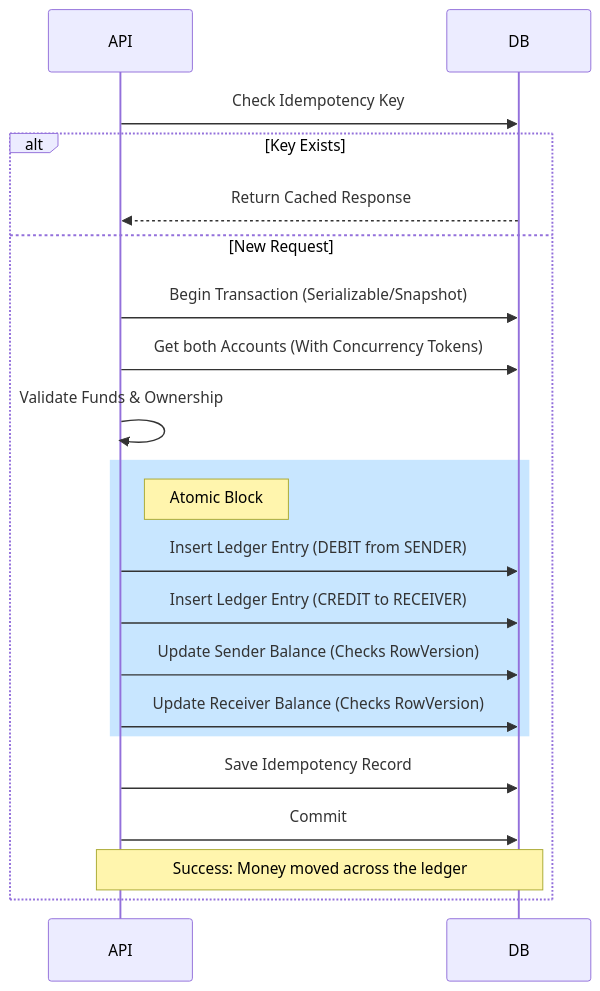
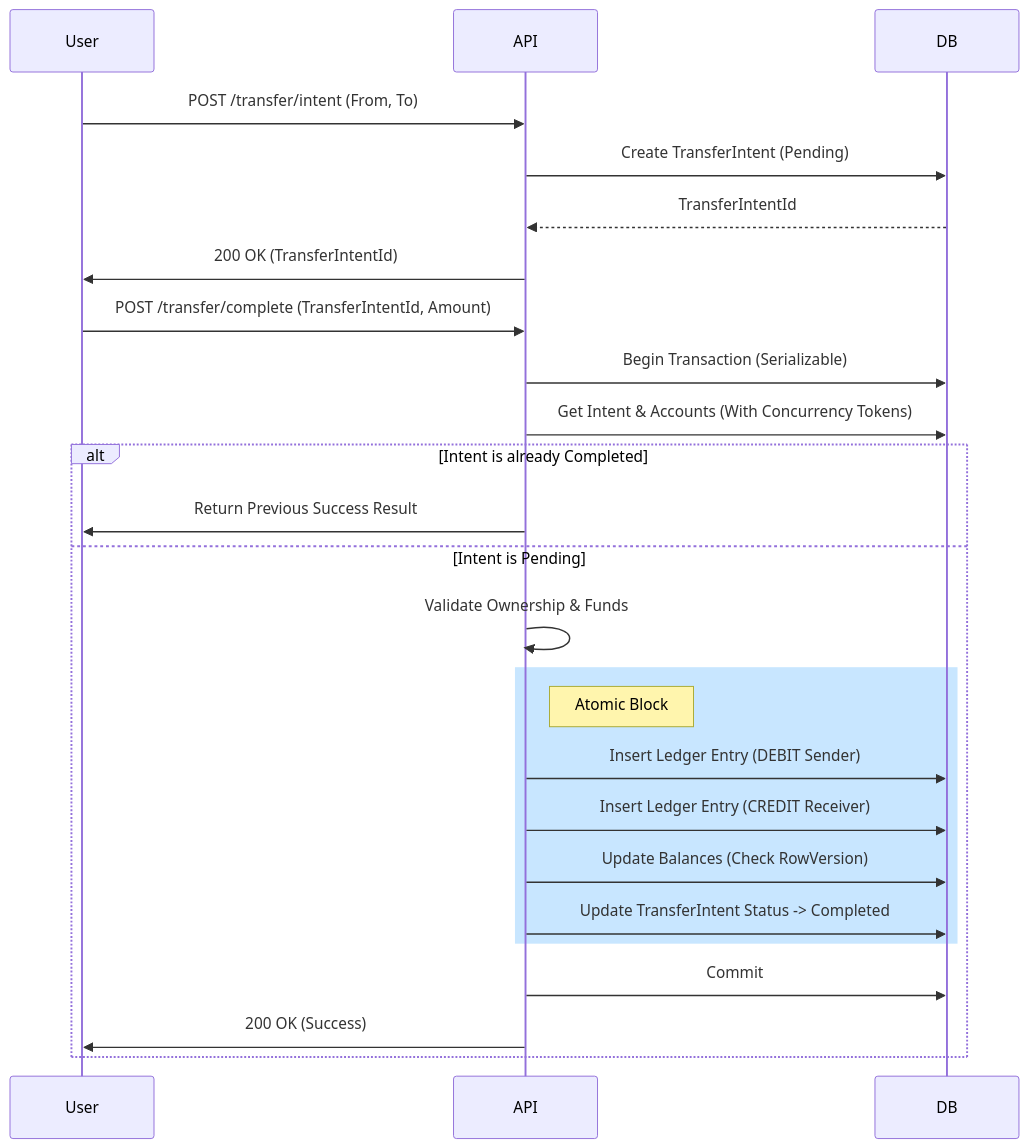
One commit to karar-hayder/ITS-SecureBank changed the fourth of 4 diagrams in WORKFLOW.md. Above: the diagram before and after it, drawn with Mermaid. The commit also changed other lines of this file and 3 other files, not shown here.

Commit message:
docs: add README.md for project overview and key features; enhance REQUEST_FLOW.md with idempotency details; update SCHEMA.md to clarify entity attributes and relationships

````diff
--- a/WORKFLOW.md
+++ b/WORKFLOW.md
@@ -92,26 +95,32 @@
 ```mermaid
 sequenceDiagram
+    participant User
     participant API
     participant DB
     
-    API->>DB: Check Idempotency Key
-    alt Key Exists
-        DB-->>API: Return Cached Response
-    else New Request
-        API->>DB: Begin Transaction (Serializable/Snapshot)
-        API->>DB: Get both Accounts (With Concurrency Tokens)
-        API->>API: Validate Funds & Ownership
+    User->>API: POST /transfer/intent (From, To)
+    API->>DB: Create TransferIntent (Pending)
+    DB-->>API: TransferIntentId
+    API->>User: 200 OK (TransferIntentId)
+
+    User->>API: POST /transfer/complete (TransferIntentId, Amount)
+    API->>DB: Begin Transaction (Serializable)
+    API->>DB: Get Intent & Accounts (With Concurrency Tokens)
+    
+    alt Intent is already Completed
+        API->>User: Return Previous Success Result
+    else Intent is Pending
+        API->>API: Validate Ownership & Funds
         
         rect rgb(200, 230, 255)
             Note right of API: Atomic Block
-            API->>DB: Insert Ledger Entry (DEBIT from SENDER)
-            API->>DB: Insert Ledger Entry (CREDIT to RECEIVER)
-            API->>DB: Update Sender Balance (Checks RowVersion)
-            API->>DB: Update Receiver Balance (Checks RowVersion)
+            API->>DB: Insert Ledger Entry (DEBIT Sender)
+            API->>DB: Insert Ledger Entry (CREDIT Receiver)
+            API->>DB: Update Balances (Check RowVersion)
+            API->>DB: Update TransferIntent Status -> Completed
         end
         
-        API->>DB: Save Idempotency Record
         API->>DB: Commit
-        Note over API,DB: Success: Money moved across the ledger
+        API->>User: 200 OK (Success)
     end
 ```
````
